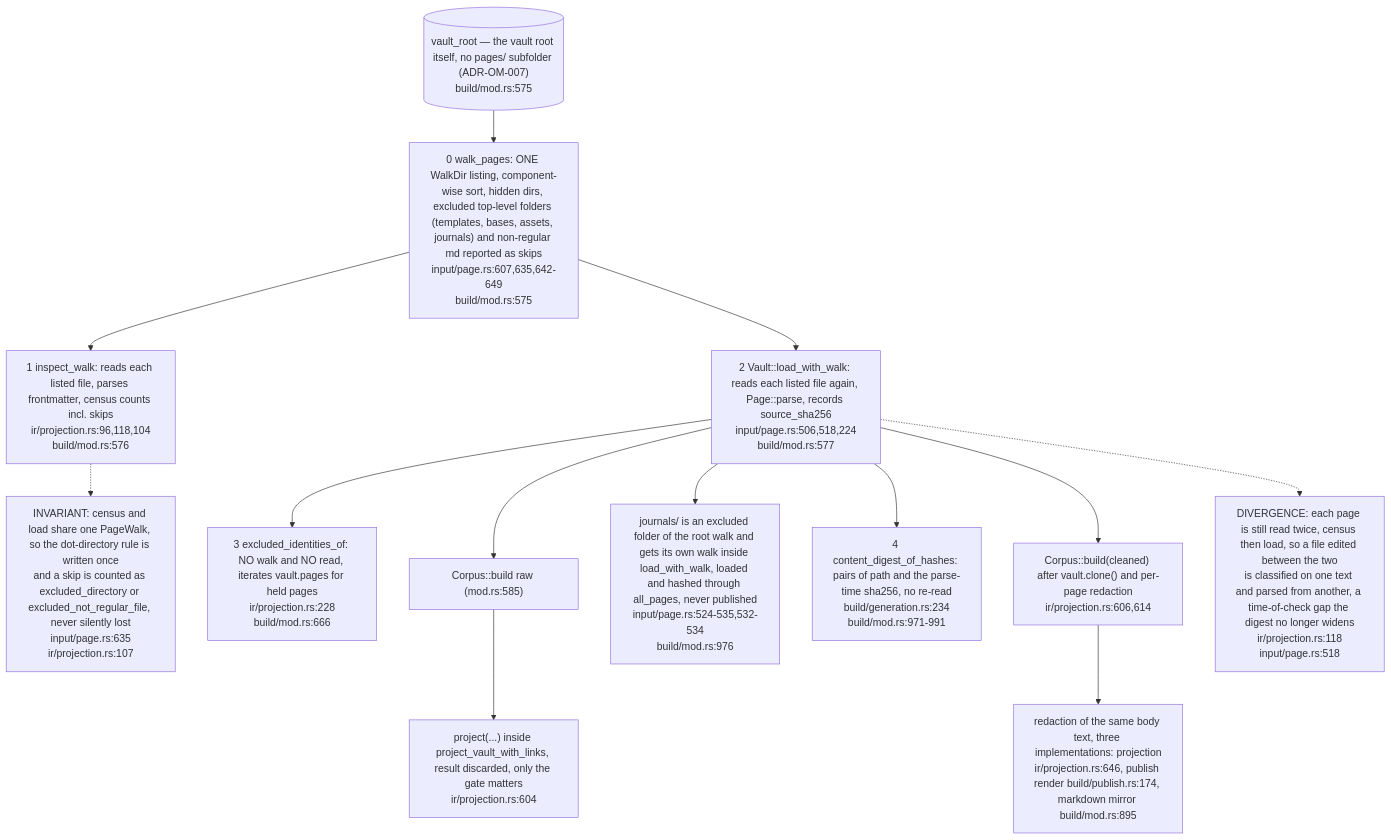
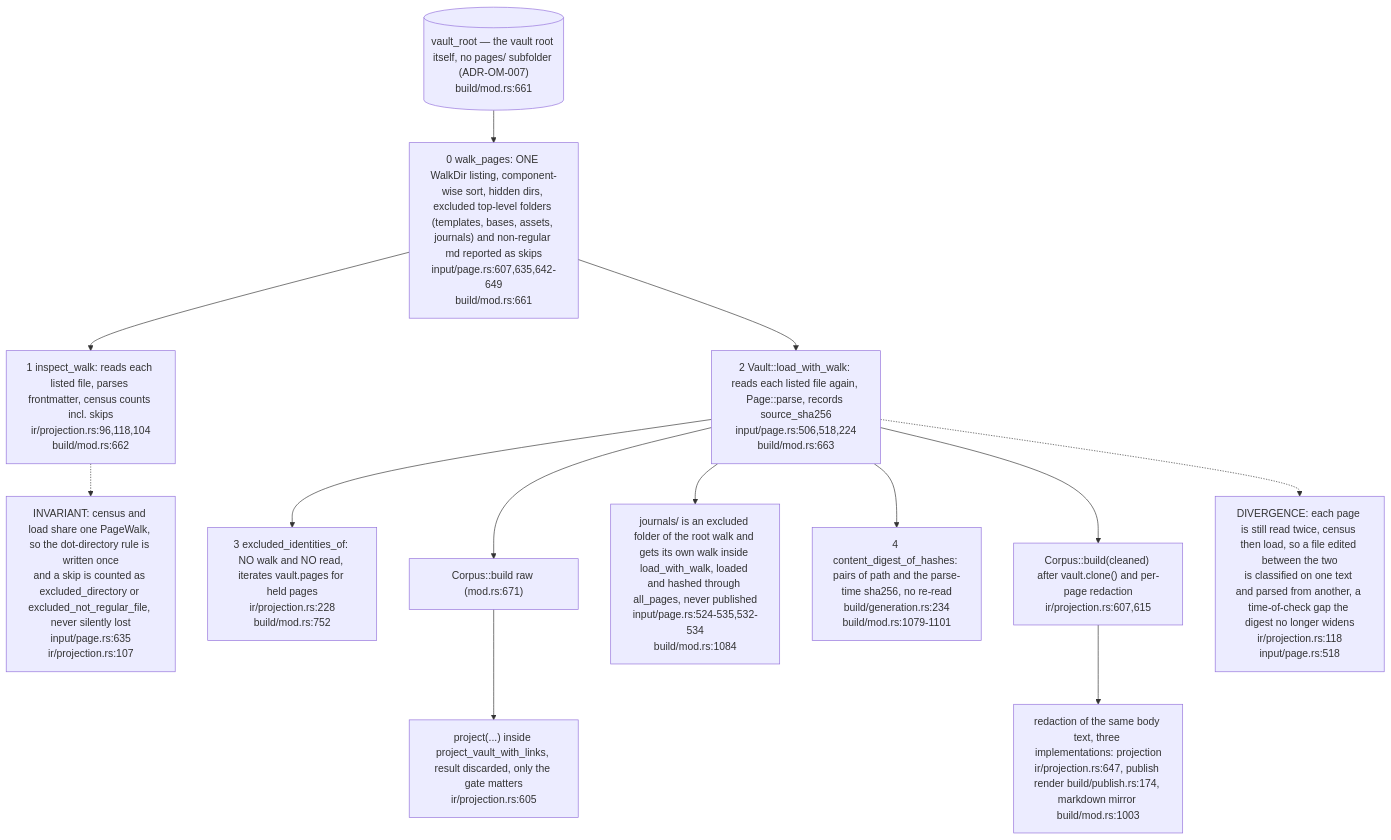
Before and after one commit to DreamLab-AI/VisionFlow: the third of 8 diagrams in docs/diagrams/ontomark/03-build-run-gates-staging-and-generation.md, drawn with Mermaid. The commit also changed other lines of this file and 59 other files, not shown here.

First line of the commit message:
docs(diagrams): re-derive and re-stamp forum, website, pod, ontomark and sealmap topics

````diff
--- a/docs/diagrams/ontomark/03-build-run-gates-staging-and-generation.md
+++ b/docs/diagrams/ontomark/03-build-run-gates-staging-and-generation.md
@@ -120,28 +120,28 @@
 ```mermaid
 flowchart TD
-    DIR[("vault_root — the vault root itself, no pages/ subfolder (ADR-OM-007)<br/>build/mod.rs:575")]
-    WK["0 walk_pages: ONE WalkDir listing, component-wise sort, hidden dirs, excluded top-level folders (templates, bases, assets, journals) and non-regular md reported as skips<br/>input/page.rs:607,635,642-649<br/>build/mod.rs:575"]
-    W1["1 inspect_walk: reads each listed file, parses frontmatter, census counts incl. skips<br/>ir/projection.rs:96,118,104<br/>build/mod.rs:576"]
-    W2["2 Vault::load_with_walk: reads each listed file again, Page::parse, records source_sha256<br/>input/page.rs:506,518,224<br/>build/mod.rs:577"]
-    W3["3 excluded_identities_of: NO walk and NO read, iterates vault.pages for held pages<br/>ir/projection.rs:228<br/>build/mod.rs:666"]
-    W4["4 content_digest_of_hashes: pairs of path and the parse-time sha256, no re-read<br/>build/generation.rs:234<br/>build/mod.rs:971-991"]
-    J["journals/ is an excluded folder of the root walk and gets its own walk inside load_with_walk, loaded and hashed through all_pages, never published<br/>input/page.rs:524-535,532-534<br/>build/mod.rs:976"]
-    C1["Corpus::build raw (mod.rs:585)"]
-    C2["project(...) inside project_vault_with_links, result discarded, only the gate matters<br/>ir/projection.rs:604"]
-    C3["Corpus::build(cleaned) after vault.clone() and per-page redaction<br/>ir/projection.rs:606,614"]
-    R1["redaction of the same body text, three implementations: projection<br/>ir/projection.rs:646, publish render build/publish.rs:174, markdown mirror build/mod.rs:895"]
+    DIR[("vault_root — the vault root itself, no pages/ subfolder (ADR-OM-007)<br/>build/mod.rs:661")]
+    WK["0 walk_pages: ONE WalkDir listing, component-wise sort, hidden dirs, excluded top-level folders (templates, bases, assets, journals) and non-regular md reported as skips<br/>input/page.rs:607,635,642-649<br/>build/mod.rs:661"]
+    W1["1 inspect_walk: reads each listed file, parses frontmatter, census counts incl. skips<br/>ir/projection.rs:96,118,104<br/>build/mod.rs:662"]
+    W2["2 Vault::load_with_walk: reads each listed file again, Page::parse, records source_sha256<br/>input/page.rs:506,518,224<br/>build/mod.rs:663"]
+    W3["3 excluded_identities_of: NO walk and NO read, iterates vault.pages for held pages<br/>ir/projection.rs:228<br/>build/mod.rs:752"]
+    W4["4 content_digest_of_hashes: pairs of path and the parse-time sha256, no re-read<br/>build/generation.rs:234<br/>build/mod.rs:1079-1101"]
+    J["journals/ is an excluded folder of the root walk and gets its own walk inside load_with_walk, loaded and hashed through all_pages, never published<br/>input/page.rs:524-535,532-534<br/>build/mod.rs:1084"]
+    C1["Corpus::build raw (mod.rs:671)"]
+    C2["project(...) inside project_vault_with_links, result discarded, only the gate matters<br/>ir/projection.rs:605"]
+    C3["Corpus::build(cleaned) after vault.clone() and per-page redaction<br/>ir/projection.rs:607,615"]
+    R1["redaction of the same body text, three implementations: projection<br/>ir/projection.rs:647, publish render build/publish.rs:174, markdown mirror build/mod.rs:1003"]
     N1["INVARIANT: census and load share one PageWalk, so the dot-directory rule is written once<br/>and a skip is counted as excluded_directory or excluded_not_regular_file, never silently lost<br/>input/page.rs:635<br/>ir/projection.rs:107"]
     N2["DIVERGENCE: each page is still read twice, census then load, so a file edited between the two<br/>is classified on one text and parsed from another, a time-of-check gap the digest no longer widens<br/>ir/projection.rs:118<br/>input/page.rs:518"]
     DIR --> WK
     WK --> W1
     WK --> W2
     W2 --> W3
     W2 --> C1
     W2 --> J
     W2 --> W4
     C1 --> C2
     W2 --> C3
     C3 --> R1
     W1 -.-> N1
     W2 -.-> N2
 ```
````
